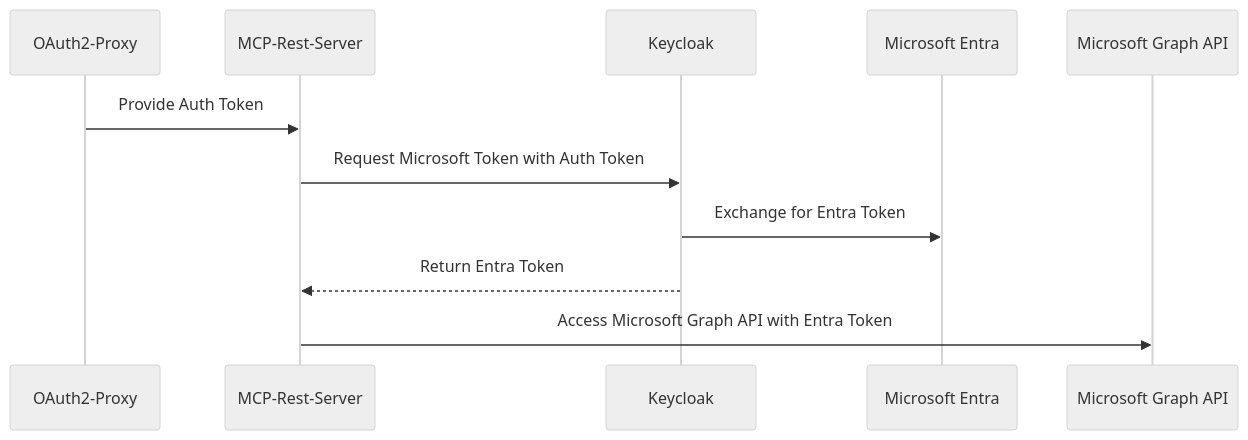
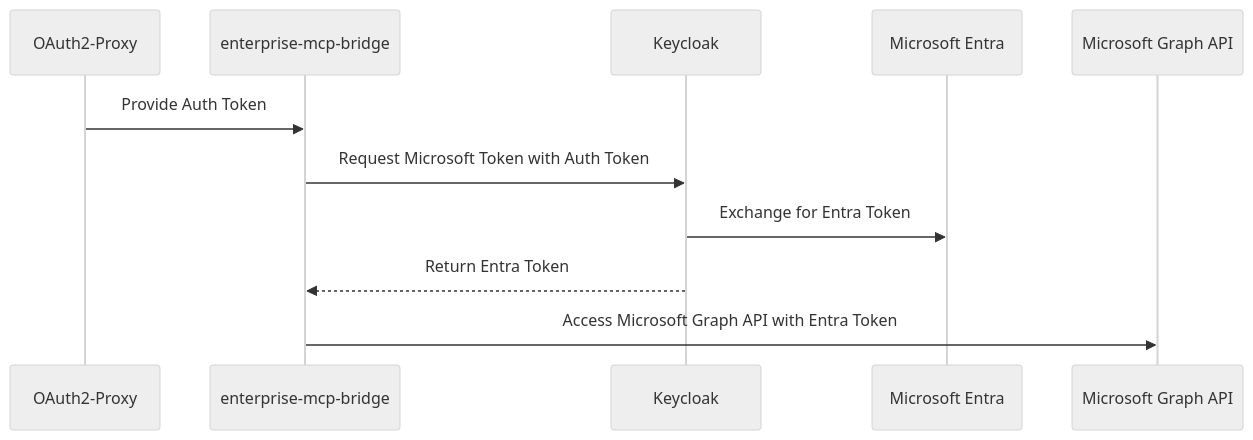
The third of 3 diagrams in example/token-exchange-m365/README.md (inxm-ai/enterprise-mcp-bridge), drawn with Mermaid (neutral theme) before and after one commit. The commit also changed other lines of this file and 10 other files, not shown here.

````diff
--- a/example/token-exchange-m365/README.md
+++ b/example/token-exchange-m365/README.md
@@ -71,14 +71,14 @@
 ```mermaid 
 sequenceDiagram
     participant OAuth2Proxy as OAuth2-Proxy
-    participant AppMCPRest as MCP-Rest-Server
+    participant AppMCPRest as enterprise-mcp-bridge
     participant Keycloak as Keycloak
     participant Entra as Microsoft Entra
     participant GraphAPI as Microsoft Graph API
 
     OAuth2Proxy ->> AppMCPRest: Provide Auth Token
     AppMCPRest ->> Keycloak: Request Microsoft Token with Auth Token
     Keycloak ->> Entra: Exchange for Entra Token
     Keycloak -->> AppMCPRest: Return Entra Token
     AppMCPRest ->> GraphAPI: Access Microsoft Graph API with Entra Token
 ```
````
